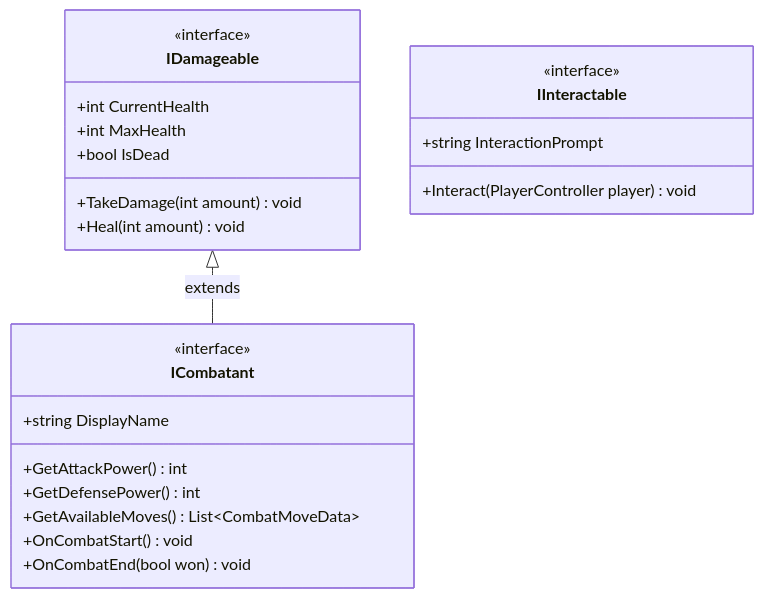
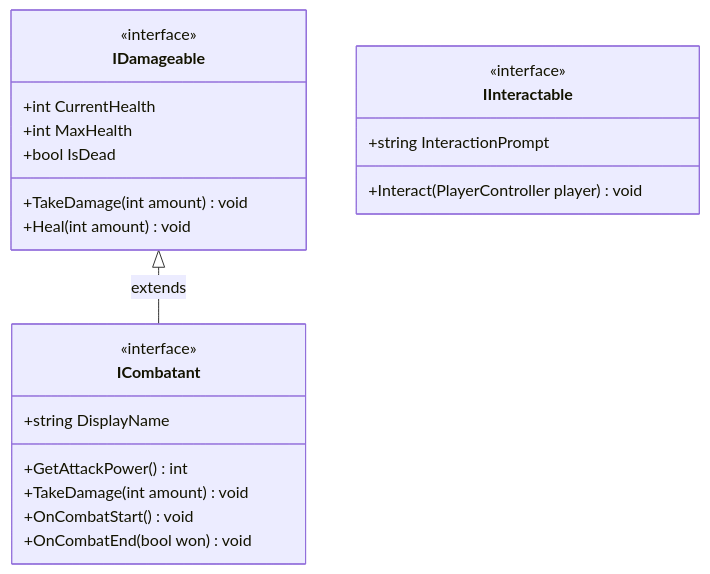
The first of 11 diagrams in Documentation/TECHNICAL_PLAN.md (ben-hollinger/speg_code), drawn with Mermaid before and after one commit. The commit also changed other lines of this file, not shown here.

Commit message:
update TECHNICAL_PLAN.md for new bullet-hell-like combat system

````diff
--- a/Documentation/TECHNICAL_PLAN.md
+++ b/Documentation/TECHNICAL_PLAN.md
@@ -9,31 +9,30 @@
 ```mermaid
 classDiagram
     direction TB
 
     class IDamageable {
         <<interface>>
         +int CurrentHealth
         +int MaxHealth
         +bool IsDead
         +TakeDamage(int amount) void
         +Heal(int amount) void
     }
 
     class IInteractable {
         <<interface>>
         +string InteractionPrompt
         +Interact(PlayerController player) void
     }
 
     class ICombatant {
         <<interface>>
         +string DisplayName
         +GetAttackPower() int
-        +GetDefensePower() int
-        +GetAvailableMoves() List~CombatMoveData~
+        +TakeDamage(int amount) void
         +OnCombatStart() void
         +OnCombatEnd(bool won) void
     }
 
     IDamageable <|-- ICombatant : extends
 ```
````
